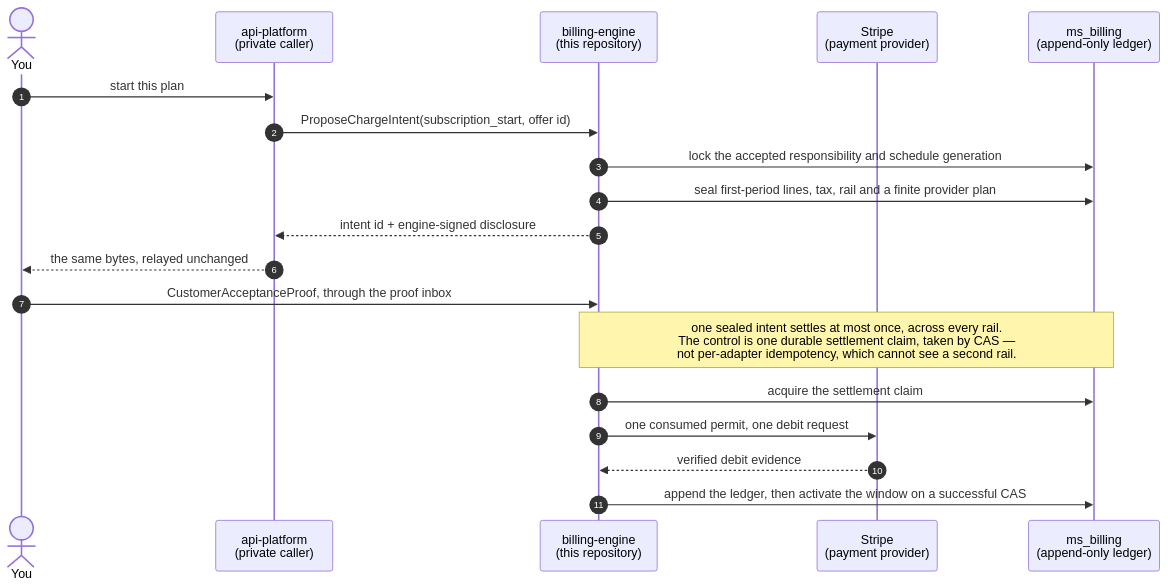
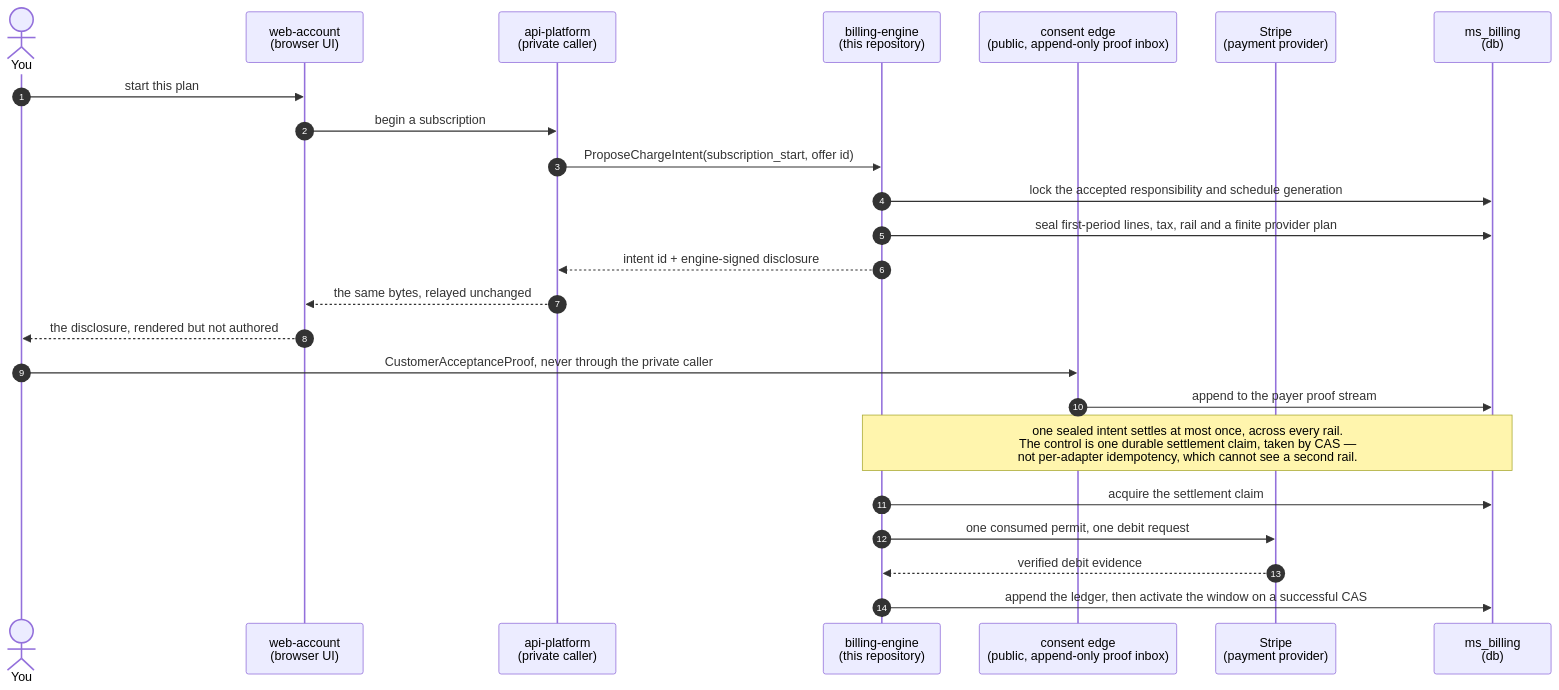
The fifth of 6 diagrams in README.md (mirrorstack-ai/billing-engine), drawn with Mermaid before and after one commit. The commit also changed other lines of this file and 1 other file, not shown here.

First line of the commit message:
docs: correct the flow diagrams — web-account, the consent edge, ms_billing

````diff
--- a/README.md
+++ b/README.md
@@ -312,24 +333,29 @@
 ```mermaid
 sequenceDiagram
     autonumber
     actor You
+    participant WA as web-account<br/>(browser UI)
     participant AP as api-platform<br/>(private caller)
     participant Engine as billing-engine<br/>(this repository)
+    participant Edge as consent edge<br/>(public, append-only proof inbox)
     participant Stripe as Stripe<br/>(payment provider)
-    participant DB as ms_billing<br/>(append-only ledger)
+    participant DB as ms_billing<br/>(db)
 
-    You->>AP: start this plan
+    You->>WA: start this plan
+    WA->>AP: begin a subscription
     AP->>Engine: ProposeChargeIntent(subscription_start, offer id)
     Engine->>DB: lock the accepted responsibility and schedule generation
     Engine->>DB: seal first-period lines, tax, rail and a finite provider plan
     Engine-->>AP: intent id + engine-signed disclosure
-    AP-->>You: the same bytes, relayed unchanged
-    You->>Engine: CustomerAcceptanceProof, through the proof inbox
+    AP-->>WA: the same bytes, relayed unchanged
+    WA-->>You: the disclosure, rendered but not authored
+    You->>Edge: CustomerAcceptanceProof, never through the private caller
+    Edge->>DB: append to the payer proof stream
 
     Note over Engine,DB: one sealed intent settles at most once, across every rail.<br/>The control is one durable settlement claim, taken by CAS —<br/>not per-adapter idempotency, which cannot see a second rail.
 
     Engine->>DB: acquire the settlement claim
     Engine->>Stripe: one consumed permit, one debit request
     Stripe-->>Engine: verified debit evidence
     Engine->>DB: append the ledger, then activate the window on a successful CAS
 ```
````
